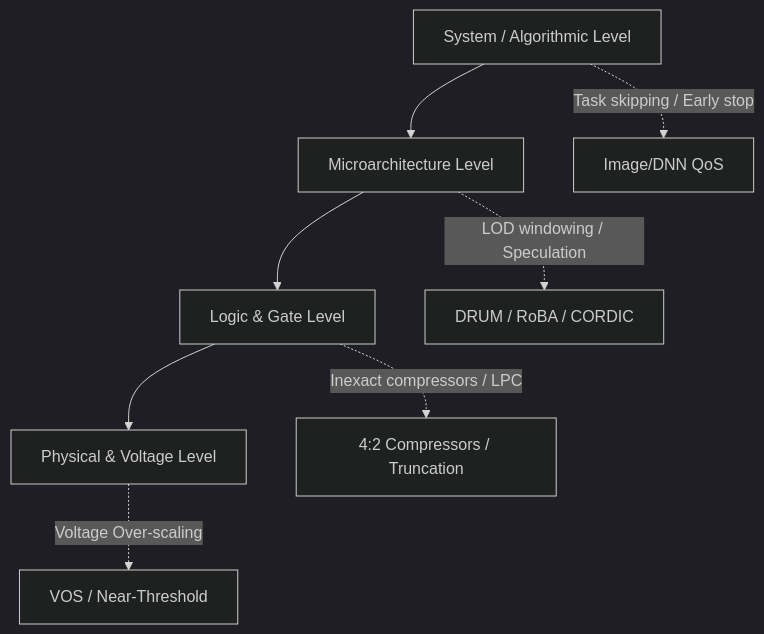
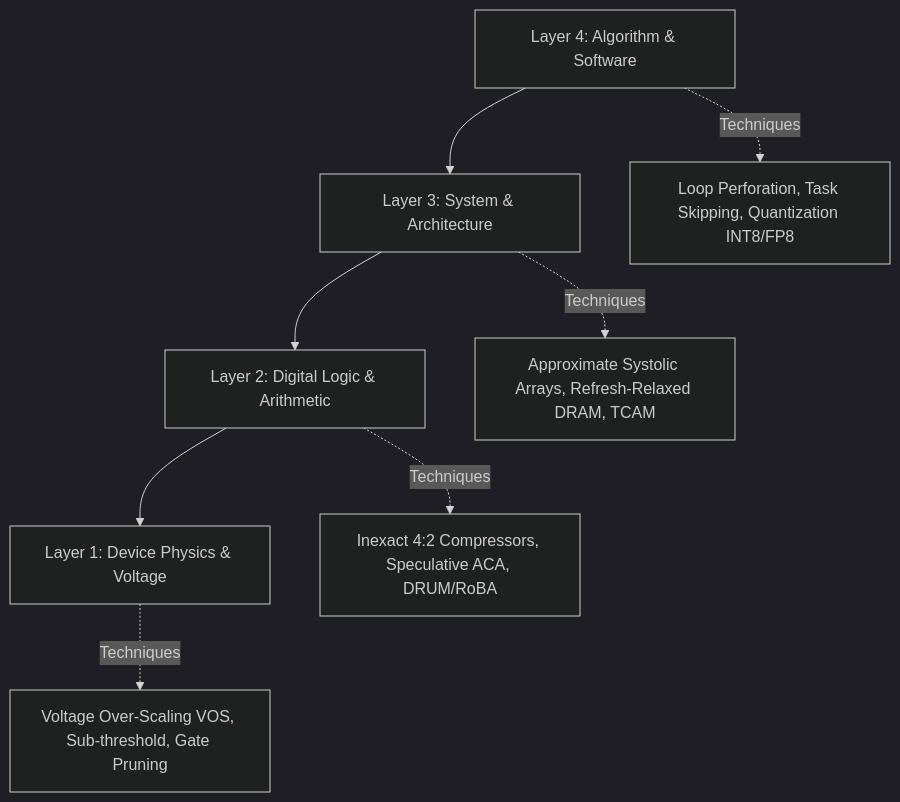
Before and after one commit to Inexact-Computing/public: the diagram in docs/fundamentals/approx-paradigms.md, drawn with Mermaid (dark theme). The commit also changed other lines of this file and 12 other files, not shown here.

````diff
--- a/docs/fundamentals/approx-paradigms.md
+++ b/docs/fundamentals/approx-paradigms.md
@@ -5,11 +9,11 @@
 ```mermaid
 graph TD
-    L1[System / Algorithmic Level] --> L2[Microarchitecture Level]
-    L2 --> L3[Logic & Gate Level]
-    L3 --> L4[Physical & Voltage Level]
-    
-    L1 -.->|Task skipping / Early stop| App[Image/DNN QoS]
-    L2 -.->|LOD windowing / Speculation| Arch[DRUM / RoBA / CORDIC]
-    L3 -.->|Inexact compressors / LPC| Gate[4:2 Compressors / Truncation]
-    L4 -.->|Voltage Over-scaling| Phys[VOS / Near-Threshold]
+    L1[Layer 4: Algorithm & Software] --> L2[Layer 3: System & Architecture]
+    L2 --> L3[Layer 2: Digital Logic & Arithmetic]
+    L3 --> L4[Layer 1: Device Physics & Voltage]
+
+    L1 -.->|Techniques| T1[Loop Perforation, Task Skipping, Quantization INT8/FP8]
+    L2 -.->|Techniques| T2[Approximate Systolic Arrays, Refresh-Relaxed DRAM, TCAM]
+    L3 -.->|Techniques| T3[Inexact 4:2 Compressors, Speculative ACA, DRUM/RoBA]
+    L4 -.->|Techniques| T4[Voltage Over-Scaling VOS, Sub-threshold, Gate Pruning]
 ```
````
